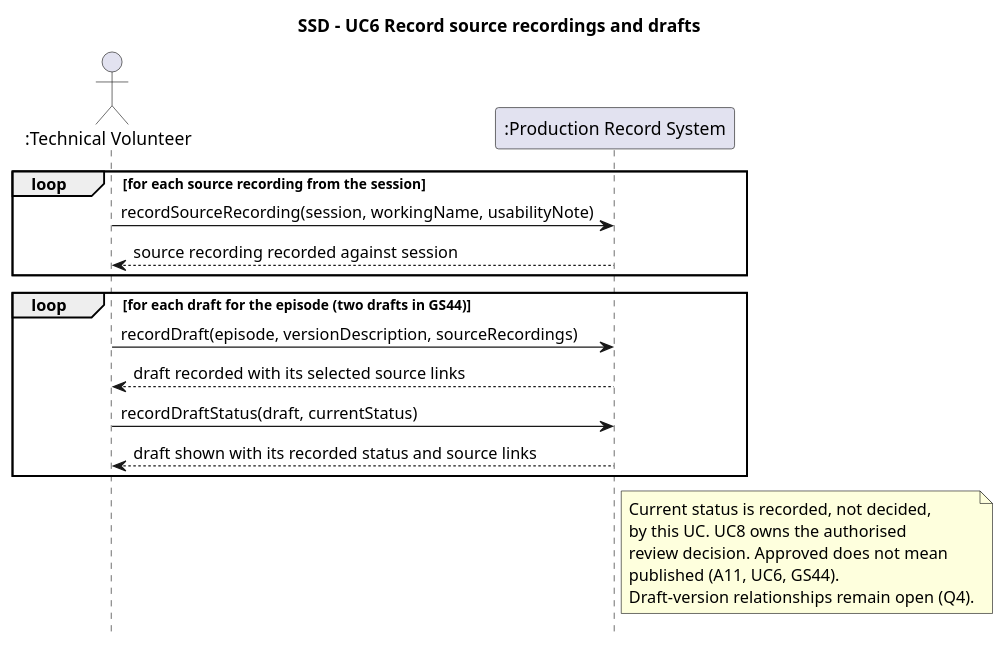
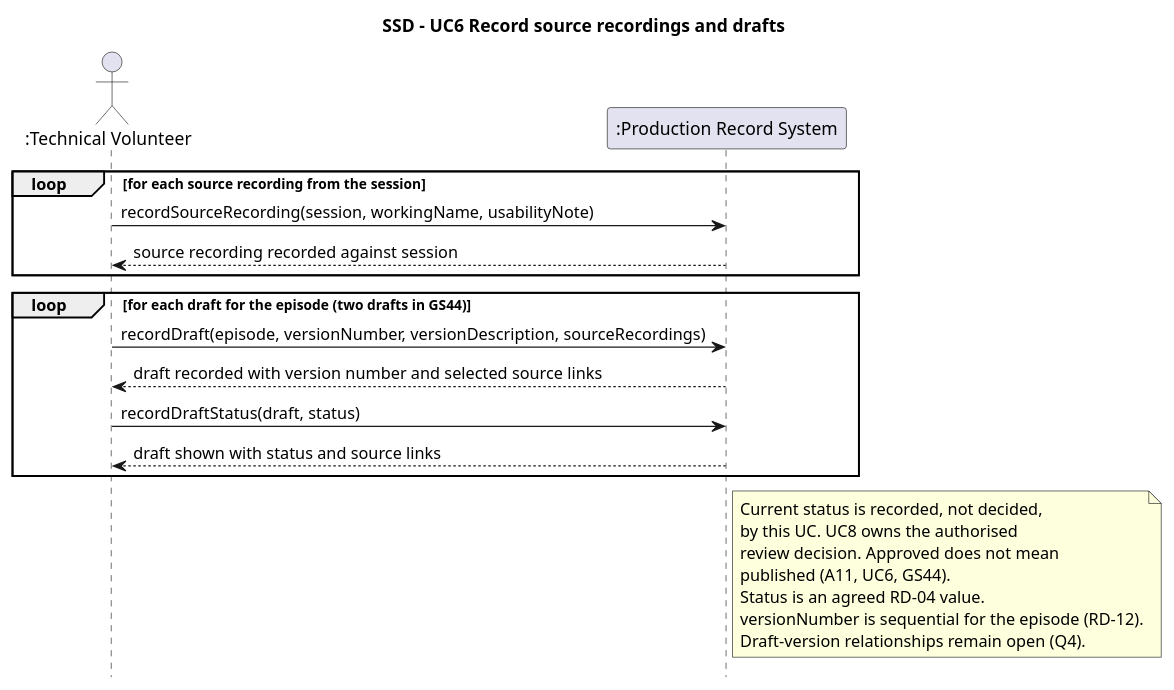
The diagram in CA 2/Diagrams/System_Sequence_Diagrams/SSD_UC6_RecordSourcesAndDrafts.puml (Rani-Wheeza/Local-Podcast-Production-Service), drawn with PlantUML before and after one commit. The commit also changed 3 other files, not shown here.

```diff
--- a/CA 2/Diagrams/System_Sequence_Diagrams/SSD_UC6_RecordSourcesAndDrafts.puml
+++ b/CA 2/Diagrams/System_Sequence_Diagrams/SSD_UC6_RecordSourcesAndDrafts.puml
@@ -1,28 +1,30 @@
 @startuml SSD_UC6_RecordSourcesAndDrafts
 title SSD - UC6 Record source recordings and drafts
 hide footbox
 
 actor ":Technical Volunteer" as TV
 participant ":Production Record System" as S
 
 loop for each source recording from the session
   TV -> S : recordSourceRecording(session, workingName, usabilityNote)
   S --> TV : source recording recorded against session
 end
 
 loop for each draft for the episode (two drafts in GS44)
-  TV -> S : recordDraft(episode, versionDescription, sourceRecordings)
-  S --> TV : draft recorded with its selected source links
+  TV -> S : recordDraft(episode, versionNumber, versionDescription, sourceRecordings)
+  S --> TV : draft recorded with version number and selected source links
 
-  TV -> S : recordDraftStatus(draft, currentStatus)
-  S --> TV : draft shown with its recorded status and source links
+  TV -> S : recordDraftStatus(draft, status)
+  S --> TV : draft shown with status and source links
 end
 
 note right of S
   Current status is recorded, not decided,
   by this UC. UC8 owns the authorised
   review decision. Approved does not mean
   published (A11, UC6, GS44).
+  Status is an agreed RD-04 value.
+  versionNumber is sequential for the episode (RD-12).
   Draft-version relationships remain open (Q4).
 end note
 @enduml
```
